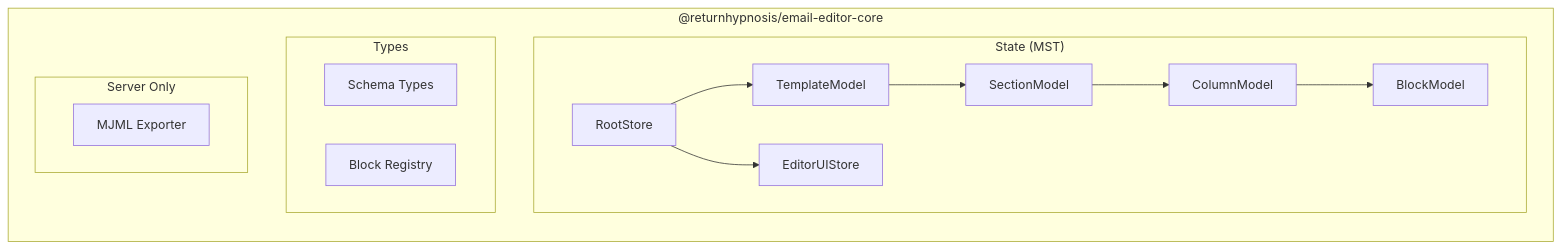
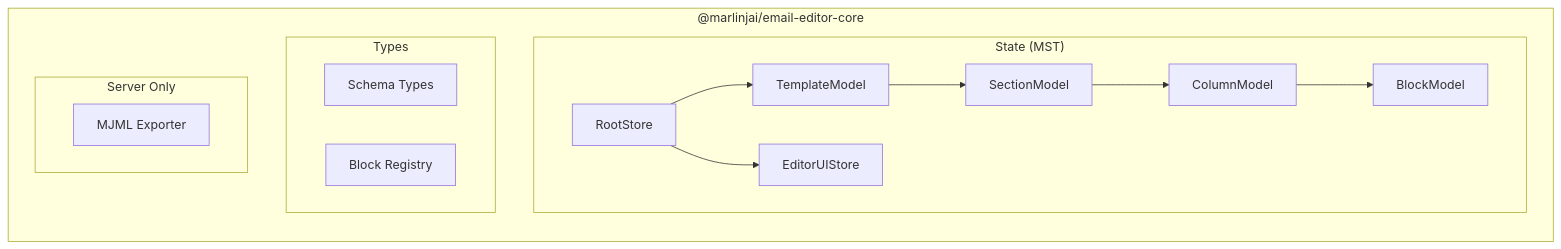
Before and after one commit to marlinjai/email-editor: the second of 7 diagrams in docs/public/architecture.md, drawn with Mermaid. The commit also changed other lines of this file and 71 other files, not shown here.

Commit message:
feat: rename packages from @returnhypnosis/ to @marlinjai/ scope

````diff
--- a/docs/public/architecture.md
+++ b/docs/public/architecture.md
@@ -47,28 +47,28 @@
 ```mermaid
 graph LR
-    subgraph "@returnhypnosis/email-editor-core"
+    subgraph "@marlinjai/email-editor-core"
         subgraph "State (MST)"
             ROOT[RootStore]
             TEMPLATE[TemplateModel]
             SECTION[SectionModel]
             COLUMN[ColumnModel]
             BLOCK[BlockModel]
             UI_STATE[EditorUIStore]
         end
 
         subgraph "Types"
             SCHEMA[Schema Types]
             REGISTRY[Block Registry]
         end
 
         subgraph "Server Only"
             MJML[MJML Exporter]
         end
 
         ROOT --> TEMPLATE
         ROOT --> UI_STATE
         TEMPLATE --> SECTION
         SECTION --> COLUMN
         COLUMN --> BLOCK
     end
 ```
````
